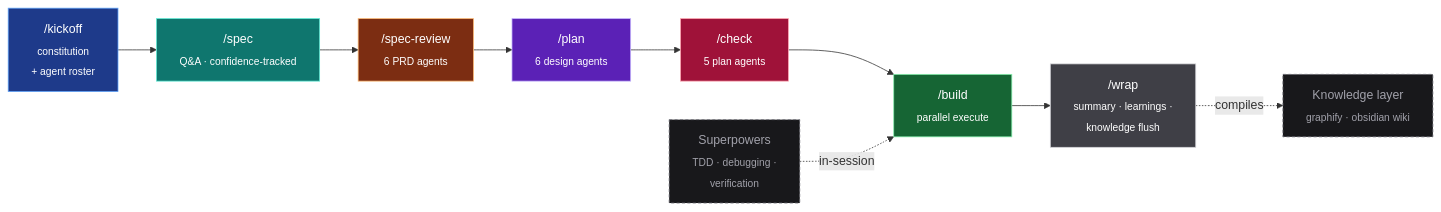
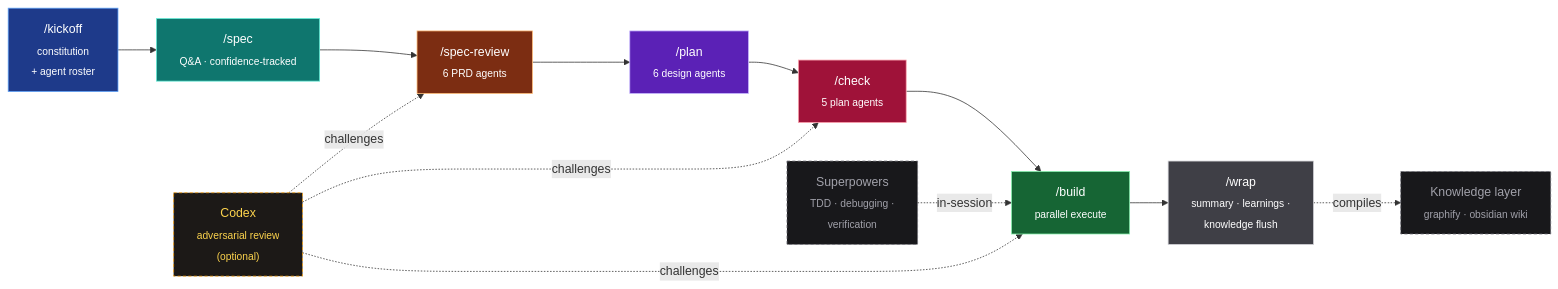
The first of 2 diagrams in README.md (Jstottlemyer/claude-workflow), drawn with Mermaid before and after one commit. The commit also changed other lines of this file and 2 other files, not shown here.

Commit message:
docs: add Codex to mermaid diagram and /flow card FEATURE section
- Mermaid diagram: new amber Codex node connected via dashed 'challenges'
  edges to /spec-review, /check, and /build
- /flow card FEATURE section: Codex adversarial review line (with silent-skip note)
- Synced across flow-card.txt, README.md verbatim copy, and docs/index.html

````diff
--- a/README.md
+++ b/README.md
@@ -29,26 +29,31 @@
 ```mermaid
 flowchart LR
     K["/kickoff<br/><sub>constitution<br/>+ agent roster</sub>"]:::setup
     S["/spec<br/><sub>Q&A · confidence-tracked</sub>"]:::define
     SR["/spec-review<br/><sub>6 PRD agents</sub>"]:::review
     P["/plan<br/><sub>6 design agents</sub>"]:::plan
     C["/check<br/><sub>5 plan agents</sub>"]:::gate
     B["/build<br/><sub>parallel execute</sub>"]:::execute
     W["/wrap<br/><sub>summary · learnings ·<br/>knowledge flush</sub>"]:::wrap
 
     K --> S --> SR --> P --> C --> B --> W
 
     SP["Superpowers<br/><sub>TDD · debugging ·<br/>verification</sub>"]:::side
+    CX["Codex<br/><sub>adversarial review<br/>(optional)</sub>"]:::codex
     KL["Knowledge layer<br/><sub>graphify · obsidian wiki</sub>"]:::side
     SP -.in-session.-> B
+    CX -."challenges".-> SR
+    CX -."challenges".-> C
+    CX -."challenges".-> B
     W -.compiles.-> KL
 
     classDef setup fill:#1e3a8a,stroke:#60a5fa,color:#fff
     classDef define fill:#0f766e,stroke:#5eead4,color:#fff
     classDef review fill:#7c2d12,stroke:#fdba74,color:#fff
     classDef plan fill:#5b21b6,stroke:#c4b5fd,color:#fff
     classDef gate fill:#9f1239,stroke:#fda4af,color:#fff
     classDef execute fill:#166534,stroke:#86efac,color:#fff
     classDef wrap fill:#3f3f46,stroke:#d4d4d8,color:#fff
     classDef side fill:#18181b,stroke:#71717a,color:#a1a1aa,stroke-dasharray: 4 3
+    classDef codex fill:#1c1917,stroke:#f59e0b,color:#fcd34d,stroke-dasharray: 4 3
 ```
````
